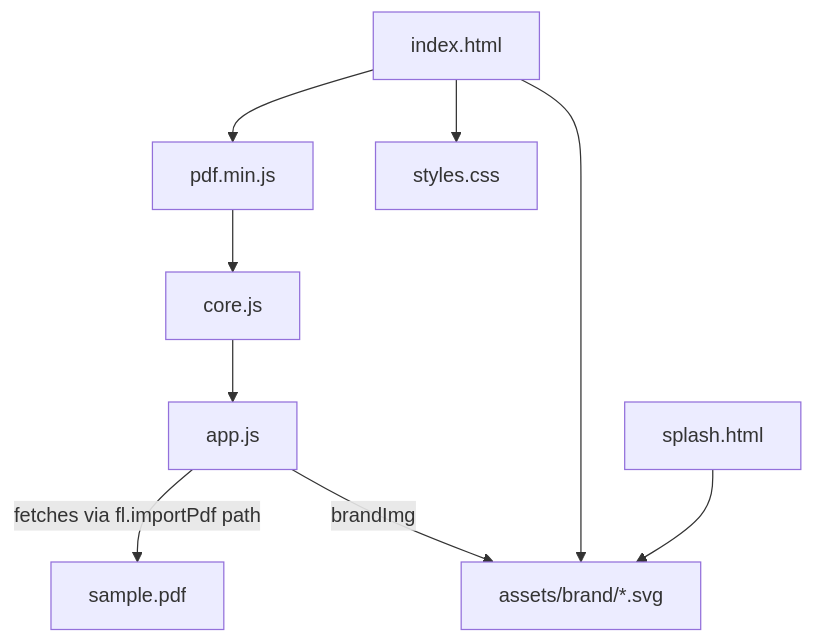
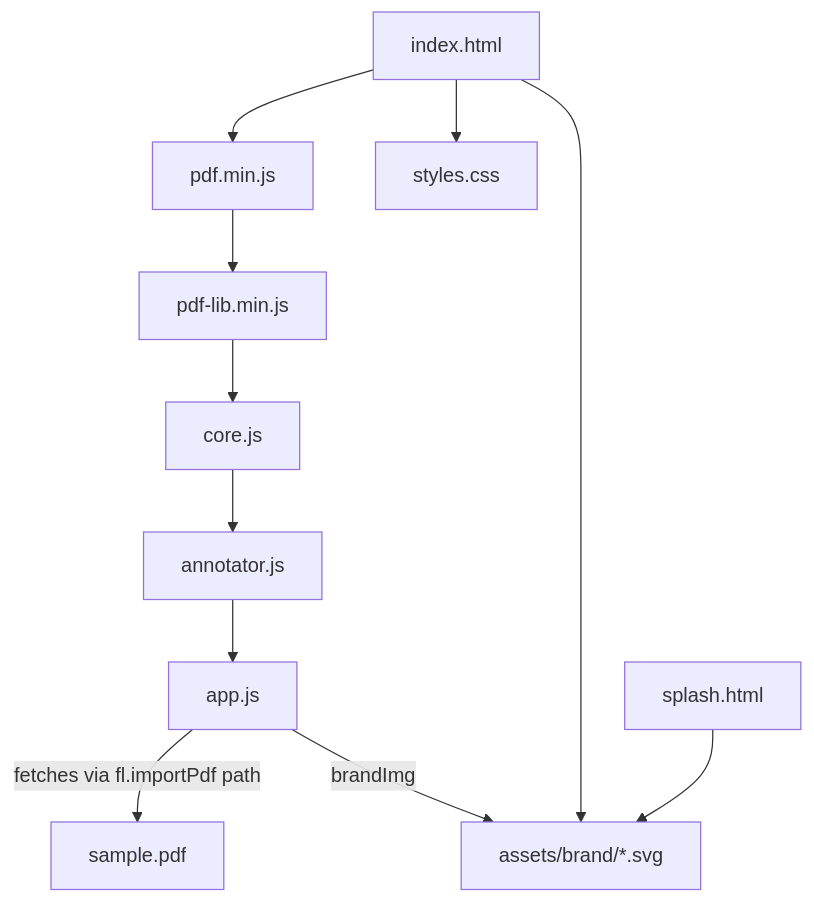
The diagram in docs/atlas/modules/renderer-ui.md (Lefarious/Faelights), drawn with Mermaid before and after one commit. The commit also changed other lines of this file and 7 other files, not shown here.

Commit message:
docs: sync atlas and log F-007 PDF annotator in project compass

````diff
--- a/docs/atlas/modules/renderer-ui.md
+++ b/docs/atlas/modules/renderer-ui.md
@@ -15,9 +15,9 @@
 ```mermaid
 graph TD
-  html[index.html] --> pdfjs[pdf.min.js] --> core[core.js] --> app[app.js]
+  html[index.html] --> pdfjs[pdf.min.js] --> pdflib[pdf-lib.min.js] --> core[core.js] --> annot[annotator.js] --> app[app.js]
   html --> css[styles.css]
   app -->|fetches via fl.importPdf path| sample[sample.pdf]
   app -->|brandImg| brand[assets/brand/*.svg]
   html --> brand
   splash[splash.html] --> brand
 ```
````
